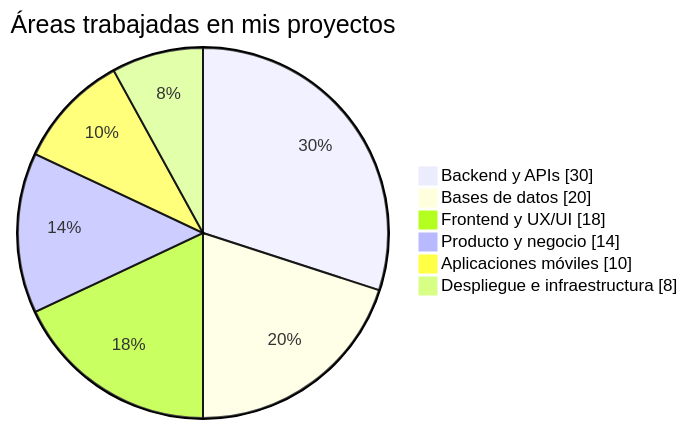
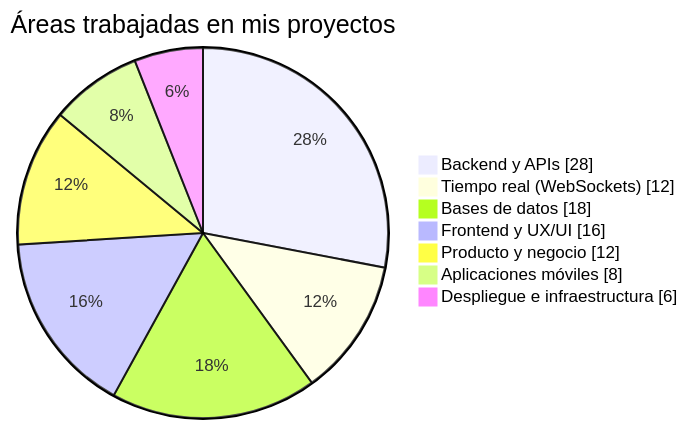
Before and after one commit to EnriqueMagana/EnriqueMagana: the second of 2 diagrams in README.md, drawn with Mermaid. The commit also changed other lines of this file, not shown here.

````diff
--- a/README.md
+++ b/README.md
@@ -158,10 +105,11 @@
 ```mermaid
 pie showData
     title Áreas trabajadas en mis proyectos
-    "Backend y APIs" : 30
-    "Bases de datos" : 20
-    "Frontend y UX/UI" : 18
-    "Producto y negocio" : 14
-    "Aplicaciones móviles" : 10
-    "Despliegue e infraestructura" : 8
+    "Backend y APIs" : 28
+    "Tiempo real (WebSockets)" : 12
+    "Bases de datos" : 18
+    "Frontend y UX/UI" : 16
+    "Producto y negocio" : 12
+    "Aplicaciones móviles" : 8
+    "Despliegue e infraestructura" : 6
 ```
````
